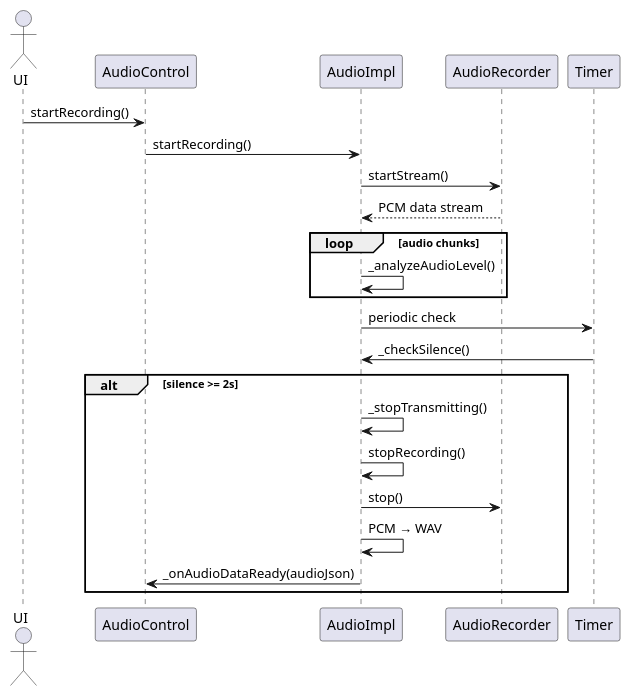
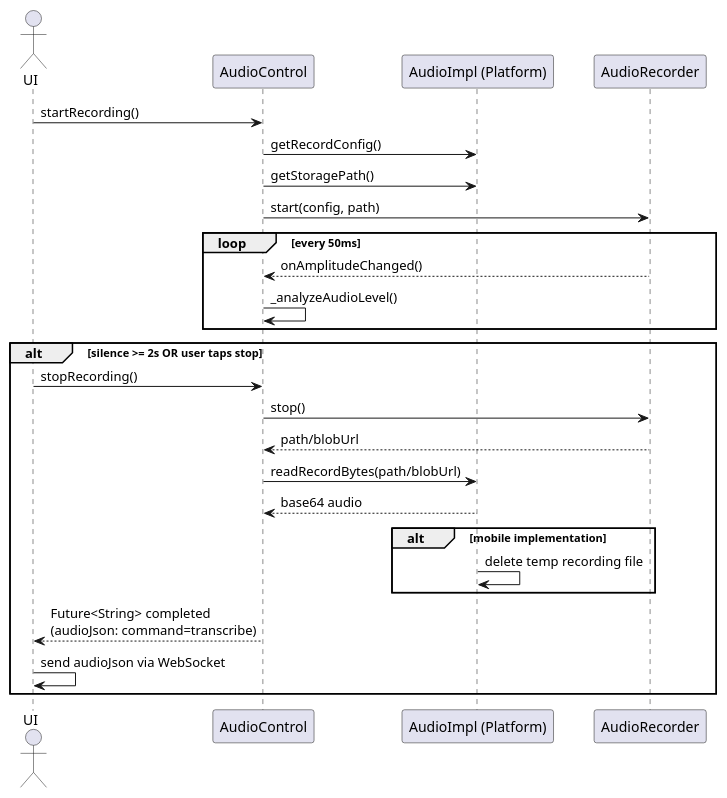
Before and after one commit to EmoAI-Translator/EmoAI-Translator: the diagram in frontend/sequence.puml, drawn with PlantUML. The commit also changed 13 other files, not shown here.

Commit message:
Plantuml Updated, ANdroid also updated for current audio_control, not tested yet

```diff
--- a/frontend/sequence.puml
+++ b/frontend/sequence.puml
@@ -1,30 +1,33 @@
 @startuml
 actor UI
 
 participant AudioControl
-participant AudioImpl
+participant "AudioImpl (Platform)" as AudioImpl
 participant AudioRecorder
-participant Timer
 
 UI -> AudioControl : startRecording()
-AudioControl -> AudioImpl : startRecording()
+AudioControl -> AudioImpl : getRecordConfig()
+AudioControl -> AudioImpl : getStoragePath()
+AudioControl -> AudioRecorder : start(config, path)
 
-AudioImpl -> AudioRecorder : startStream()
-AudioRecorder --> AudioImpl : PCM data stream
-
-loop audio chunks
-  AudioImpl -> AudioImpl : _analyzeAudioLevel()
+loop every 50ms
+  AudioRecorder --> AudioControl : onAmplitudeChanged()
+  AudioControl -> AudioControl : _analyzeAudioLevel()
 end
 
-AudioImpl -> Timer : periodic check
-Timer -> AudioImpl : _checkSilence()
+alt silence >= 2s OR user taps stop
+  UI -> AudioControl : stopRecording()
+  AudioControl -> AudioRecorder : stop()
+  AudioRecorder --> AudioControl : path/blobUrl
+  AudioControl -> AudioImpl : readRecordBytes(path/blobUrl)
+  AudioImpl --> AudioControl : base64 audio
 
-alt silence >= 2s
-  AudioImpl -> AudioImpl : _stopTransmitting()
-  AudioImpl -> AudioImpl : stopRecording()
-  AudioImpl -> AudioRecorder : stop()
-  AudioImpl -> AudioImpl : PCM → WAV
-  AudioImpl -> AudioControl : _onAudioDataReady(audioJson)
+  alt mobile implementation
+    AudioImpl -> AudioImpl : delete temp recording file
+  end
+
+  AudioControl --> UI : Future<String> completed\n(audioJson: command=transcribe)
+  UI -> UI : send audioJson via WebSocket
 end
 
 @enduml
```
